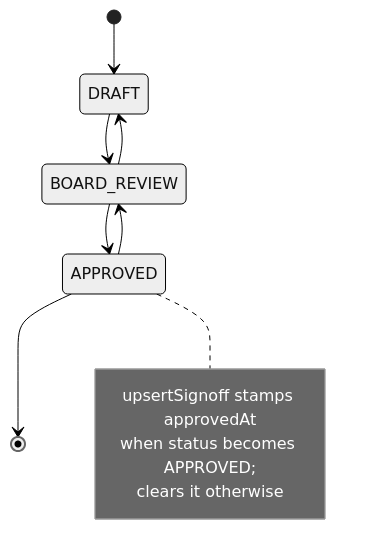
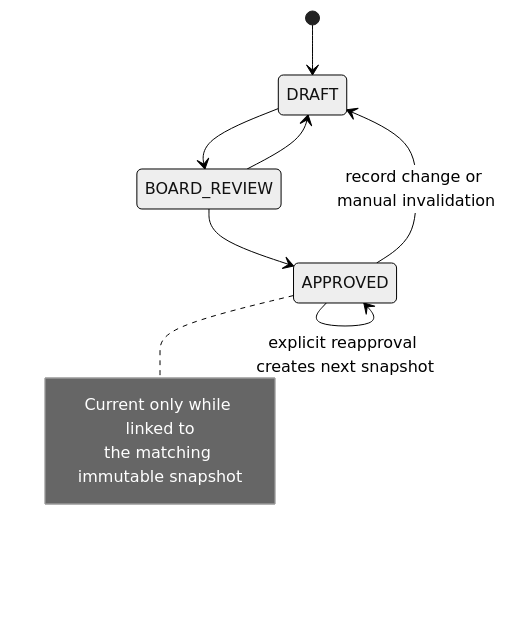
One commit to jasperfordesq-ai/charity-governance changed the second of 3 diagrams in docs/architecture/08-governance-domain.md. Above: the diagram before and after it, drawn with Mermaid (neutral theme). The commit also changed other lines of this file and 51 other files, not shown here.

````diff
--- a/docs/architecture/08-governance-domain.md
+++ b/docs/architecture/08-governance-domain.md
@@ -122,14 +160,13 @@
 ```mermaid
 stateDiagram-v2
   [*] --> DRAFT
   DRAFT --> BOARD_REVIEW
   BOARD_REVIEW --> APPROVED
   BOARD_REVIEW --> DRAFT
-  APPROVED --> BOARD_REVIEW
-  APPROVED --> [*]
+  APPROVED --> DRAFT: record change or manual invalidation
+  APPROVED --> APPROVED: explicit reapproval creates next snapshot
   note right of APPROVED
-    upsertSignoff stamps approvedAt
-    when status becomes APPROVED;
-    clears it otherwise
+    Current only while linked to
+    the matching immutable snapshot
   end note
 ```
````
